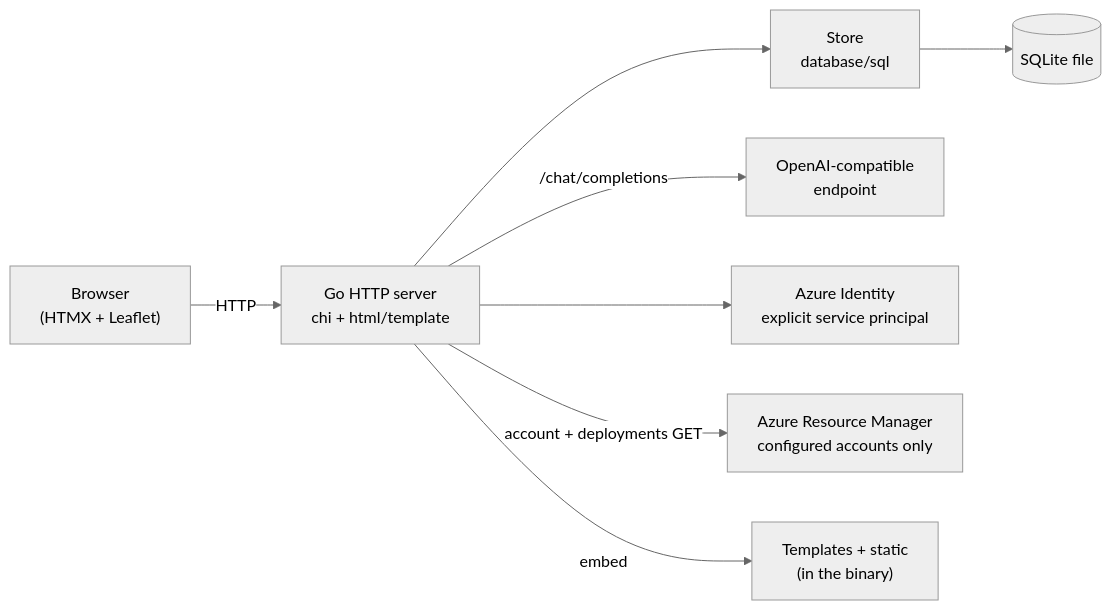
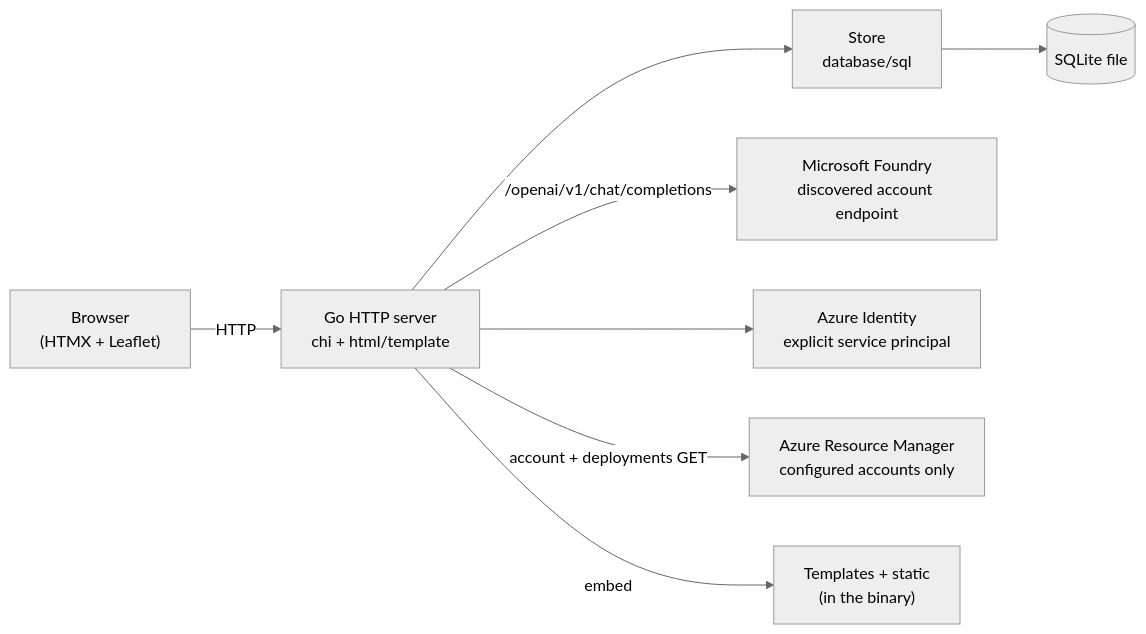
Before and after one commit to daknoblo/VacationPlanner: the diagram in README.md, drawn with Mermaid (neutral theme). The commit also changed other lines of this file and 33 other files, not shown here.

````diff
--- a/README.md
+++ b/README.md
@@ -130,10 +131,10 @@
 ```mermaid
 flowchart LR
     Browser["Browser<br/>(HTMX + Leaflet)"] -->|HTTP| Server["Go HTTP server<br/>chi + html/template"]
     Server --> Store["Store<br/>database/sql"]
     Store --> DB[("SQLite file")]
-    Server -->|/chat/completions| AI["OpenAI-compatible<br/>endpoint"]
+    Server -->|/openai/v1/chat/completions| AI["Microsoft Foundry<br/>discovered account endpoint"]
     Server --> Identity["Azure Identity<br/>explicit service principal"]
     Server -->|account + deployments GET| ARM["Azure Resource Manager<br/>configured accounts only"]
     Server -->|embed| Assets["Templates + static<br/>(in the binary)"]
 ```
````
